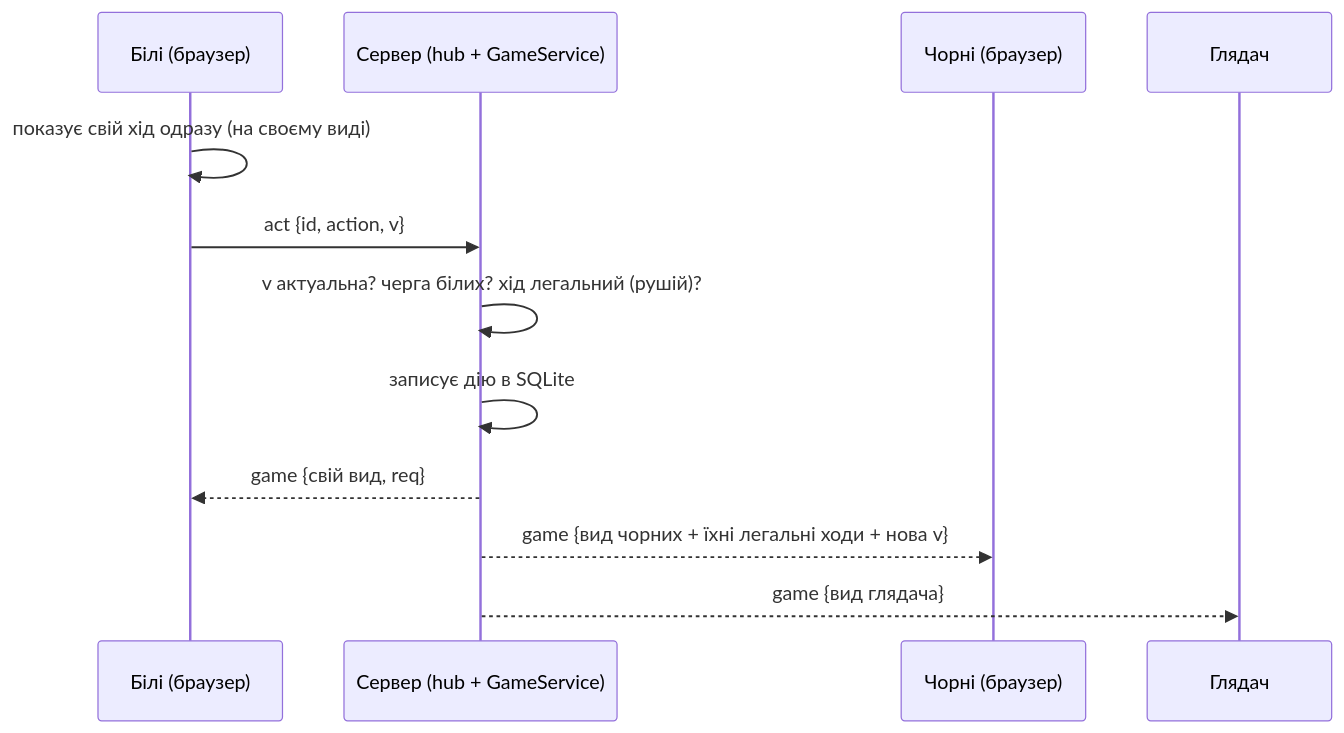
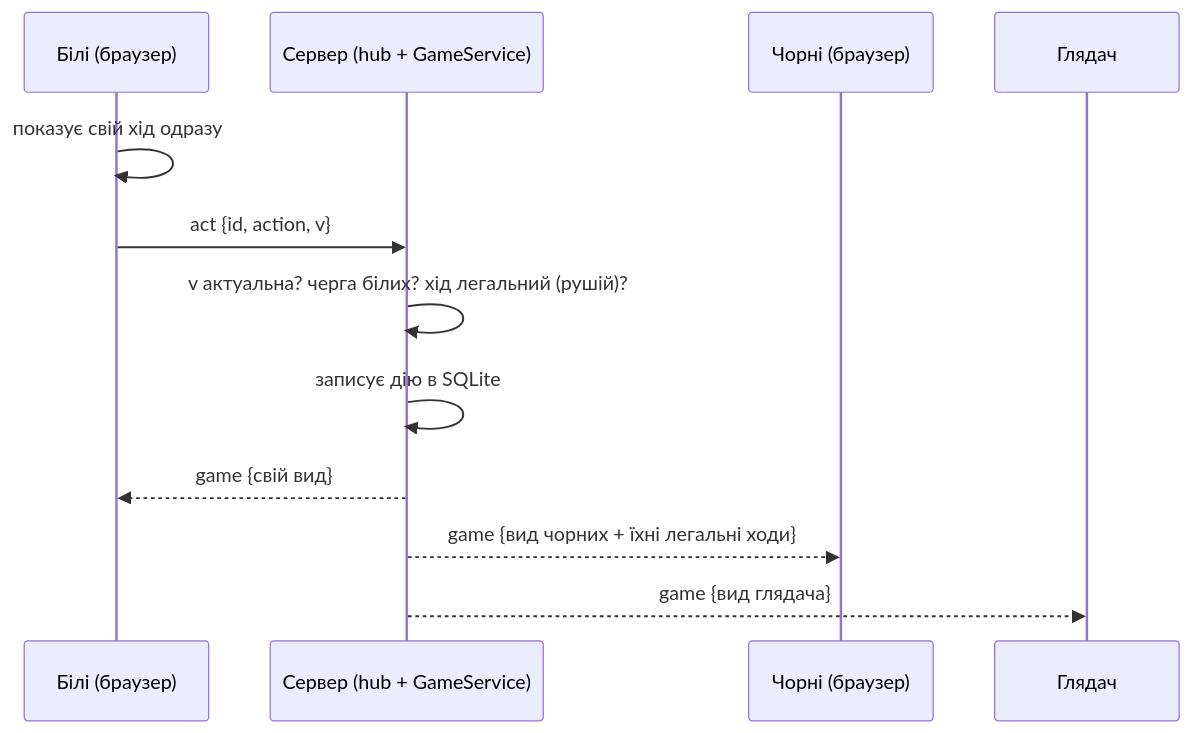
Before and after one commit to Dimentor-afk/ultrachess: the second of 2 diagrams in README.md, drawn with Mermaid. The commit also changed other lines of this file, not shown here.

````diff
--- a/README.md
+++ b/README.md
@@ -39,14 +37,14 @@
 ```mermaid
 sequenceDiagram
   participant W as Білі (браузер)
   participant H as Сервер (hub + GameService)
   participant K as Чорні (браузер)
   participant G as Глядач
-  W->>W: показує свій хід одразу (на своєму виді)
+  W->>W: показує свій хід одразу
   W->>H: act {id, action, v}
   H->>H: v актуальна? черга білих? хід легальний (рушій)?
   H->>H: записує дію в SQLite
-  H-->>W: game {свій вид, req}
-  H-->>K: game {вид чорних + їхні легальні ходи + нова v}
+  H-->>W: game {свій вид}
+  H-->>K: game {вид чорних + їхні легальні ходи}
   H-->>G: game {вид глядача}
 ```
````
